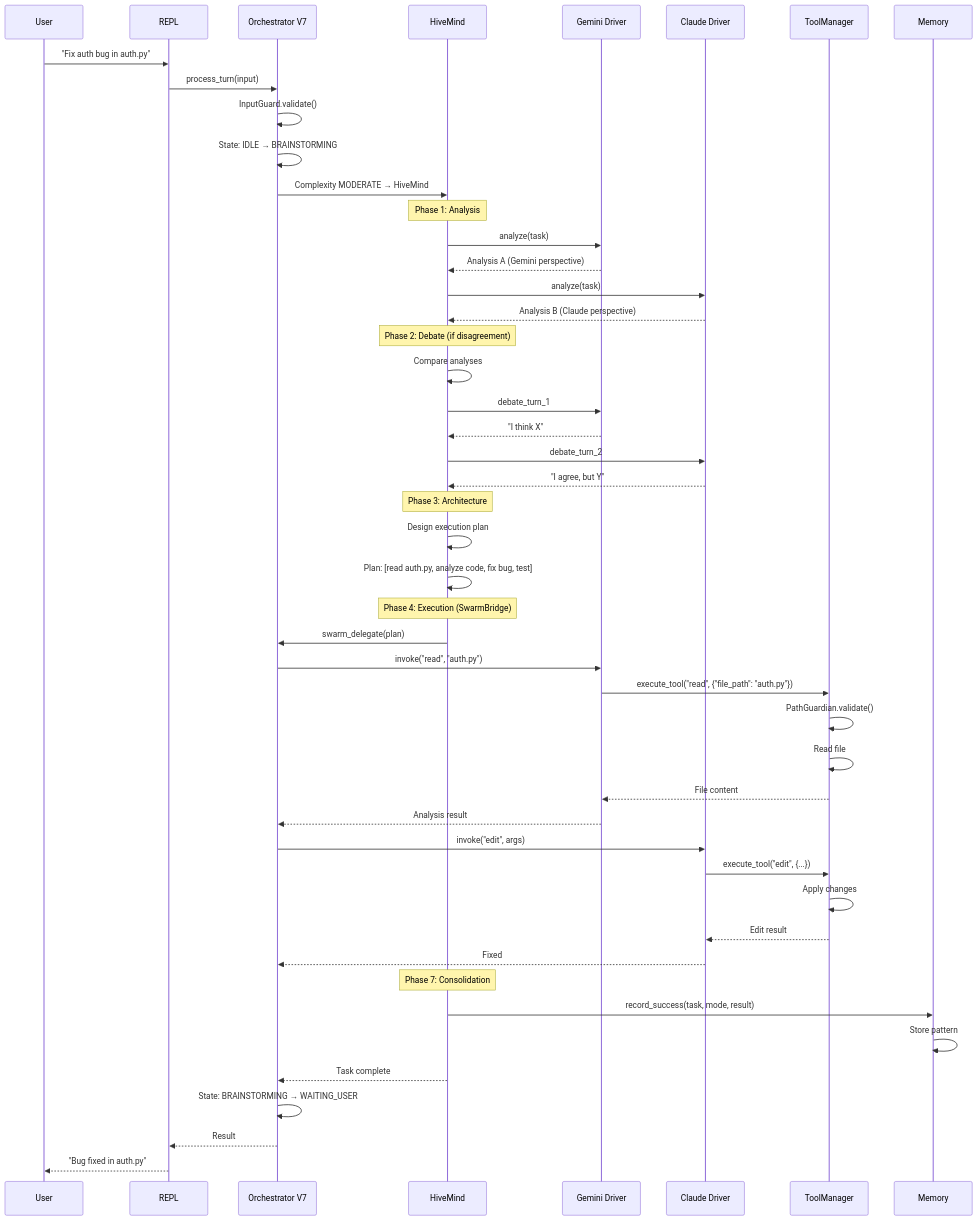
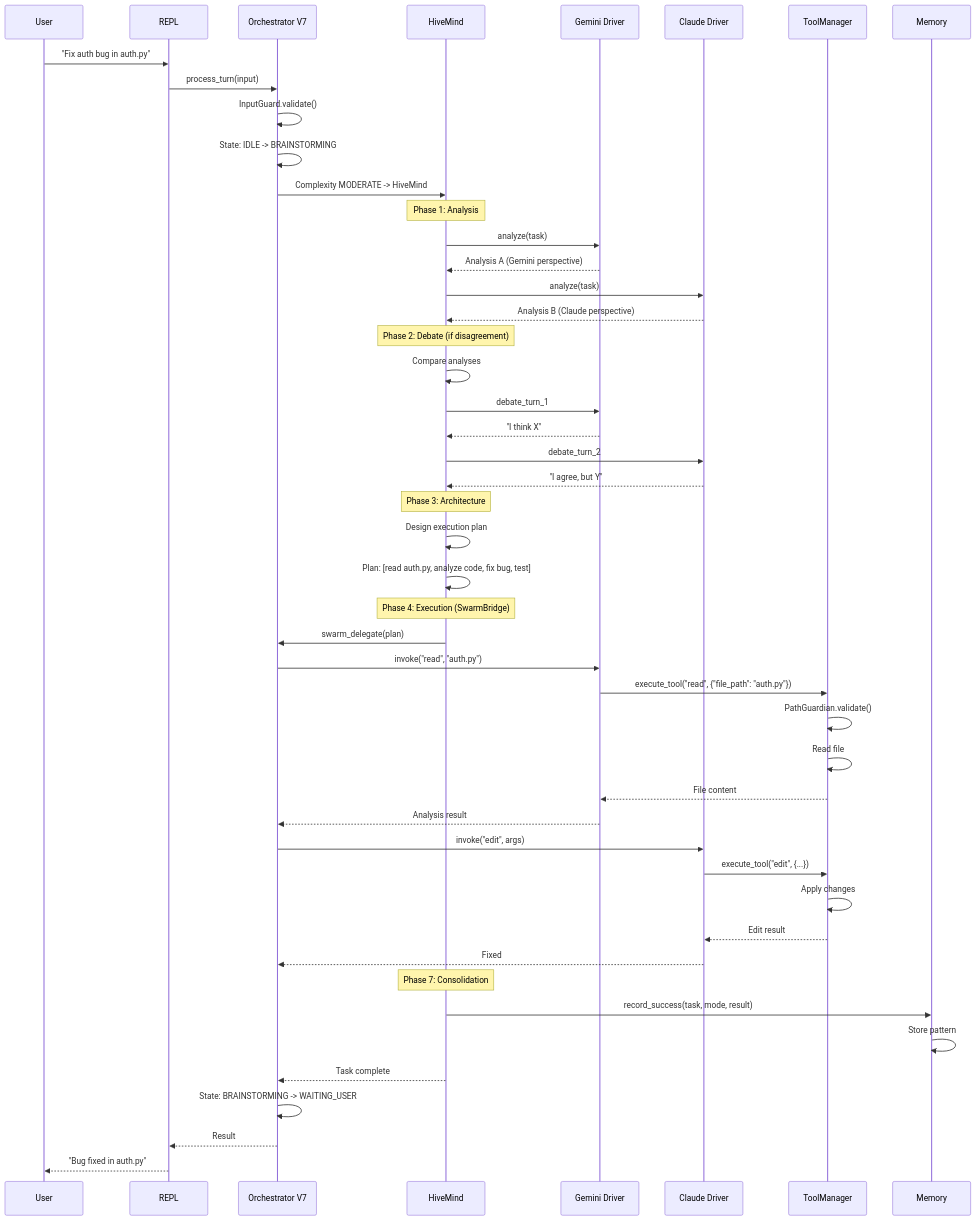
One commit to yannabadie/NEXUS changed the sixth of 6 diagrams in docs/architecture/GLOBAL_ARCHITECTURE.md. Above: the diagram before and after it, drawn with Mermaid. The commit also changed other lines of this file and 284 other files, not shown here.

````diff
--- a/docs/architecture/GLOBAL_ARCHITECTURE.md
+++ b/docs/architecture/GLOBAL_ARCHITECTURE.md
@@ -614,59 +614,59 @@
 ```mermaid
 sequenceDiagram
     participant U as User
     participant R as REPL
     participant O as Orchestrator V7
     participant HM as HiveMind
     participant G as Gemini Driver
     participant C as Claude Driver
     participant T as ToolManager
     participant M as Memory
 
     U->>R: "Fix auth bug in auth.py"
     R->>O: process_turn(input)
     O->>O: InputGuard.validate()
-    O->>O: State: IDLE → BRAINSTORMING
+    O->>O: State: IDLE -> BRAINSTORMING
 
-    O->>HM: Complexity MODERATE → HiveMind
+    O->>HM: Complexity MODERATE -> HiveMind
 
     Note over HM: Phase 1: Analysis
     HM->>G: analyze(task)
     G-->>HM: Analysis A (Gemini perspective)
     HM->>C: analyze(task)
     C-->>HM: Analysis B (Claude perspective)
 
     Note over HM: Phase 2: Debate (if disagreement)
     HM->>HM: Compare analyses
     HM->>G: debate_turn_1
     G-->>HM: "I think X"
     HM->>C: debate_turn_2
     C-->>HM: "I agree, but Y"
 
     Note over HM: Phase 3: Architecture
     HM->>HM: Design execution plan
     HM->>HM: Plan: [read auth.py, analyze code, fix bug, test]
 
     Note over HM: Phase 4: Execution (SwarmBridge)
     HM->>O: swarm_delegate(plan)
     O->>G: invoke("read", "auth.py")
     G->>T: execute_tool("read", {"file_path": "auth.py"})
     T->>T: PathGuardian.validate()
     T->>T: Read file
     T-->>G: File content
     G-->>O: Analysis result
 
     O->>C: invoke("edit", args)
     C->>T: execute_tool("edit", {...})
     T->>T: Apply changes
     T-->>C: Edit result
     C-->>O: Fixed
 
     Note over HM: Phase 7: Consolidation
     HM->>M: record_success(task, mode, result)
     M->>M: Store pattern
     HM-->>O: Task complete
 
-    O->>O: State: BRAINSTORMING → WAITING_USER
+    O->>O: State: BRAINSTORMING -> WAITING_USER
     O-->>R: Result
     R-->>U: "Bug fixed in auth.py"
 ```
````
